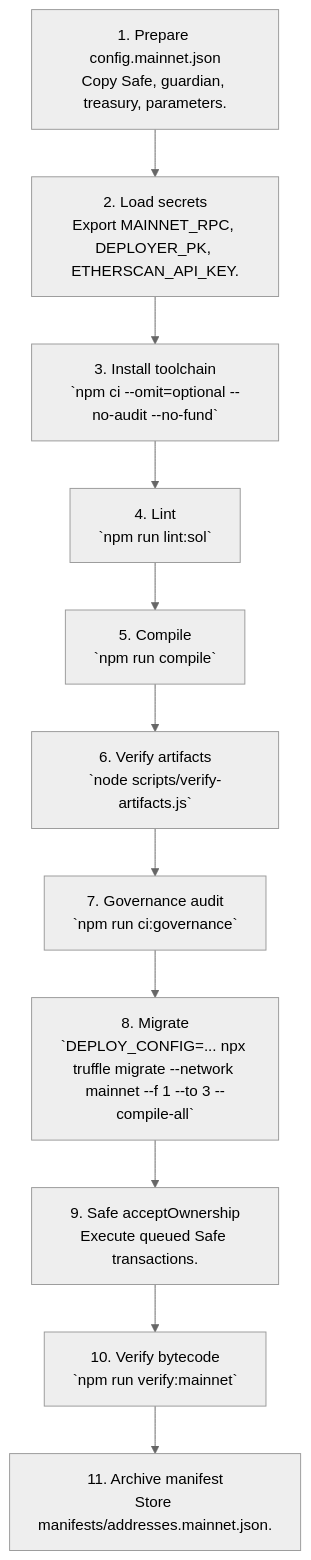
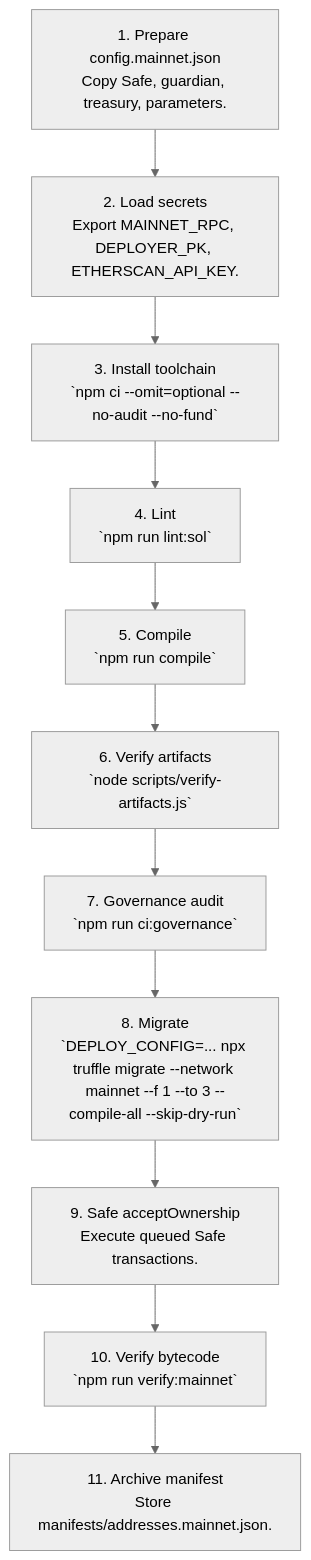
Before and after one commit to MontrealAI/agijobs-sovereign-labor-v0p1: the first of 2 diagrams in deploy/README.md, drawn with Mermaid (neutral theme). The commit also changed other lines of this file and 3 other files, not shown here.

````diff
--- a/deploy/README.md
+++ b/deploy/README.md
@@ -14,14 +14,14 @@
 ```mermaid
 flowchart TD
     prep[1. Prepare config.mainnet.json\nCopy Safe, guardian, treasury, parameters.] --> secrets
     secrets[2. Load secrets\nExport MAINNET_RPC, DEPLOYER_PK, ETHERSCAN_API_KEY.] --> install
     install[3. Install toolchain\n`npm ci --omit=optional --no-audit --no-fund`] --> lint
     lint[4. Lint\n`npm run lint:sol`] --> compile
     compile[5. Compile\n`npm run compile`] --> artifacts
     artifacts[6. Verify artifacts\n`node scripts/verify-artifacts.js`] --> governance
     governance[7. Governance audit\n`npm run ci:governance`] --> migrate
-    migrate[8. Migrate\n`DEPLOY_CONFIG=... npx truffle migrate --network mainnet --f 1 --to 3 --compile-all`] --> finalize
+    migrate[8. Migrate\n`DEPLOY_CONFIG=... npx truffle migrate --network mainnet --f 1 --to 3 --compile-all --skip-dry-run`] --> finalize
     finalize[9. Safe acceptOwnership\nExecute queued Safe transactions.] --> verify
     verify[10. Verify bytecode\n`npm run verify:mainnet`] --> archive
     archive[11. Archive manifest\nStore manifests/addresses.mainnet.json.]
 ```
````
